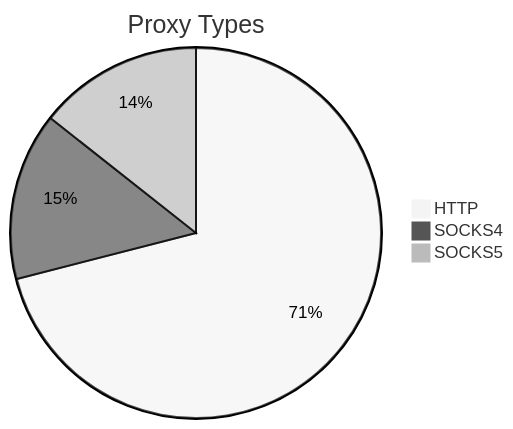
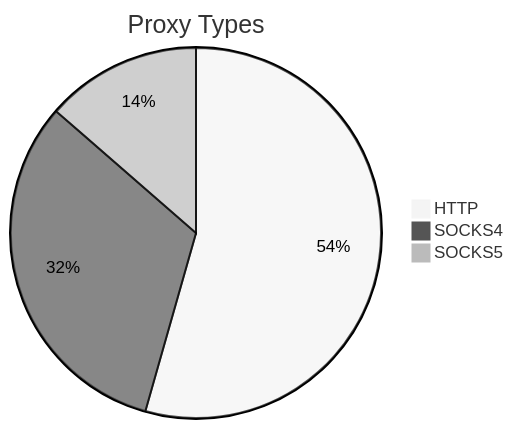
Before and after one commit to stormsia/proxy-list: the first of 2 diagrams in README.md, drawn with Mermaid (neutral theme). The commit also changed other lines of this file, not shown here.

````diff
--- a/README.md
+++ b/README.md
@@ -21,6 +21,6 @@
 ```mermaid
 pie title Proxy Types
-    "HTTP" : 262
-    "SOCKS4" : 54
-    "SOCKS5" : 53
+    "HTTP" : 364
+    "SOCKS4" : 214
+    "SOCKS5" : 91
 ```
````
